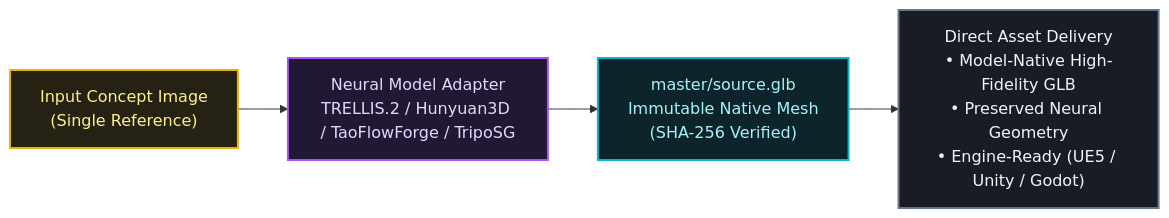
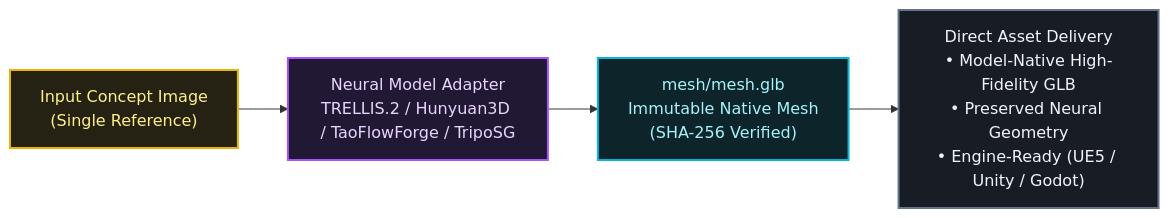
One commit to Silentzx2/ForMesh3D changed the first of 3 diagrams in README.md. Above: the diagram before and after it, drawn with Mermaid. The commit also changed other lines of this file and 20 other files, not shown here.

````diff
--- a/README.md
+++ b/README.md
@@ -112,17 +112,17 @@
 ```mermaid
 flowchart LR
     %% High-Contrast Styling
     classDef input fill:#262213,stroke:#eab308,stroke-width:2px,color:#fef08a;
     classDef neural fill:#211833,stroke:#a855f7,stroke-width:2px,color:#e9d5ff;
     classDef master fill:#0d242a,stroke:#06b6d4,stroke-width:2px,color:#a5f3fc;
     classDef export fill:#181c24,stroke:#64748b,stroke-width:2px,color:#f1f5f9;
 
     IMG["Input Concept Image<br/>(Single Reference)"]:::input
     MODEL["Neural Model Adapter<br/>TRELLIS.2 / Hunyuan3D / TaoFlowForge / TripoSG"]:::neural
-    MASTER["master/source.glb<br/>Immutable Native Mesh<br/>(SHA-256 Verified)"]:::master
+    MASTER["mesh/mesh.glb<br/>Immutable Native Mesh<br/>(SHA-256 Verified)"]:::master
     OUT["Direct Asset Delivery<br/>• Model-Native High-Fidelity GLB<br/>• Preserved Neural Geometry<br/>• Engine-Ready (UE5 / Unity / Godot)"]:::export
 
     IMG --> MODEL
     MODEL --> MASTER
     MASTER --> OUT
 ```
````
